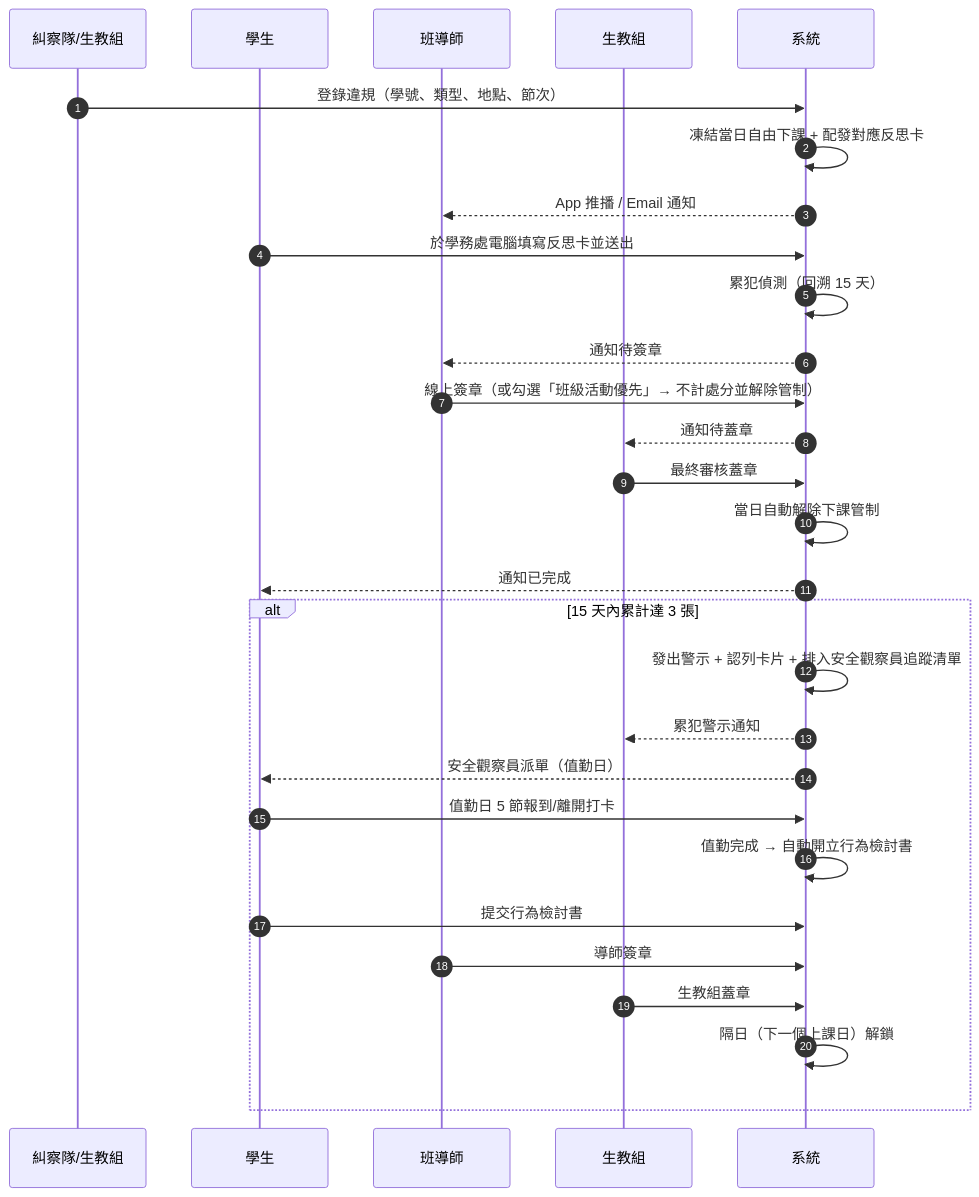
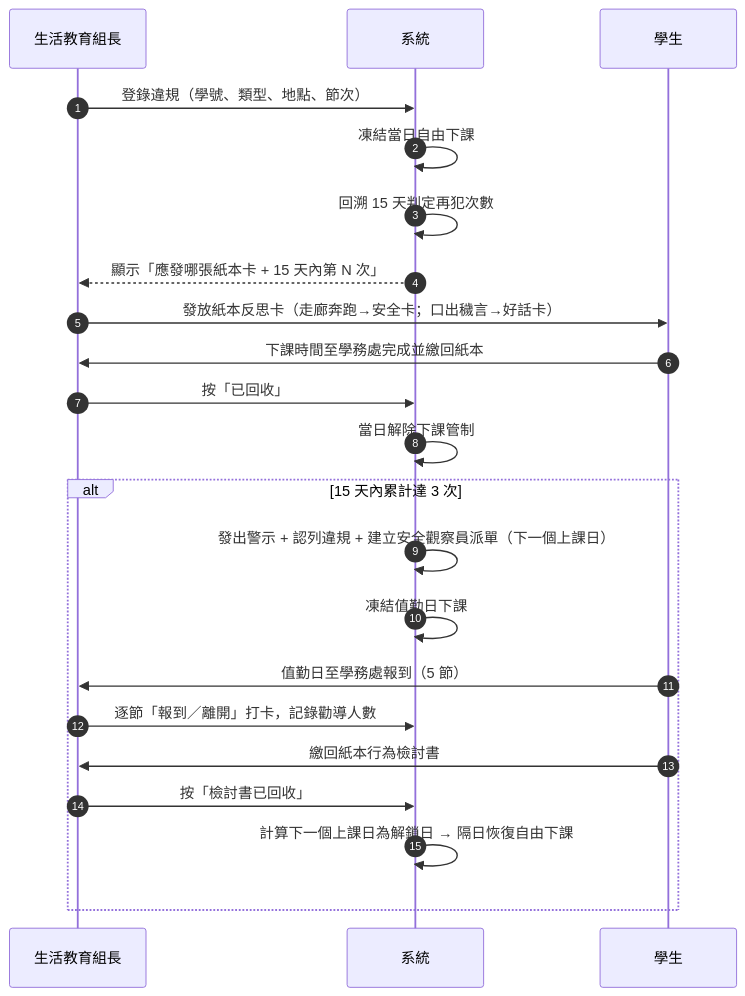
Before and after one commit to znxuyz/C.A.R.E.-System: the diagram in docs/workflow.md, drawn with Mermaid. The commit also changed other lines of this file and 73 other files, not shown here.

````diff
--- a/docs/workflow.md
+++ b/docs/workflow.md
@@ -5,33 +5,26 @@
 ```mermaid
 sequenceDiagram
   autonumber
-  participant P as 糾察隊/生教組
+  participant O as 生活教育組長
+  participant SYS as 系統
   participant S as 學生
-  participant T as 班導師
-  participant O as 生教組
-  participant SYS as 系統
 
-  P->>SYS: 登錄違規（學號、類型、地點、節次）
-  SYS->>SYS: 凍結當日自由下課 + 配發對應反思卡
-  SYS-->>T: App 推播 / Email 通知
-  S->>SYS: 於學務處電腦填寫反思卡並送出
-  SYS->>SYS: 累犯偵測（回溯 15 天）
-  SYS-->>T: 通知待簽章
-  T->>SYS: 線上簽章（或勾選「班級活動優先」→ 不計處分並解除管制）
-  SYS-->>O: 通知待蓋章
-  O->>SYS: 最終審核蓋章
-  SYS->>SYS: 當日自動解除下課管制
-  SYS-->>S: 通知已完成
+  O->>SYS: 登錄違規（學號、類型、地點、節次）
+  SYS->>SYS: 凍結當日自由下課
+  SYS->>SYS: 回溯 15 天判定再犯次數
+  SYS-->>O: 顯示「應發哪張紙本卡 + 15 天內第 N 次」
+  O->>S: 發放紙本反思卡（走廊奔跑→安全卡；口出穢言→好話卡）
+  S->>O: 下課時間至學務處完成並繳回紙本
+  O->>SYS: 按「已回收」
+  SYS->>SYS: 當日解除下課管制
 
-  alt 15 天內累計達 3 張
-    SYS->>SYS: 發出警示 + 認列卡片 + 排入安全觀察員追蹤清單
-    SYS-->>O: 累犯警示通知
-    SYS-->>S: 安全觀察員派單（值勤日）
-    S->>SYS: 值勤日 5 節報到/離開打卡
-    SYS->>SYS: 值勤完成 → 自動開立行為檢討書
-    S->>SYS: 提交行為檢討書
-    T->>SYS: 導師簽章
-    O->>SYS: 生教組蓋章
-    SYS->>SYS: 隔日（下一個上課日）解鎖
+  alt 15 天內累計達 3 次
+    SYS->>SYS: 發出警示 + 認列違規 + 建立安全觀察員派單（下一個上課日）
+    SYS->>SYS: 凍結值勤日下課
+    S->>O: 值勤日至學務處報到（5 節）
+    O->>SYS: 逐節「報到／離開」打卡，記錄勸導人數
+    S->>O: 繳回紙本行為檢討書
+    O->>SYS: 按「檢討書已回收」
+    SYS->>SYS: 計算下一個上課日為解鎖日 → 隔日恢復自由下課
   end
 ```
````
